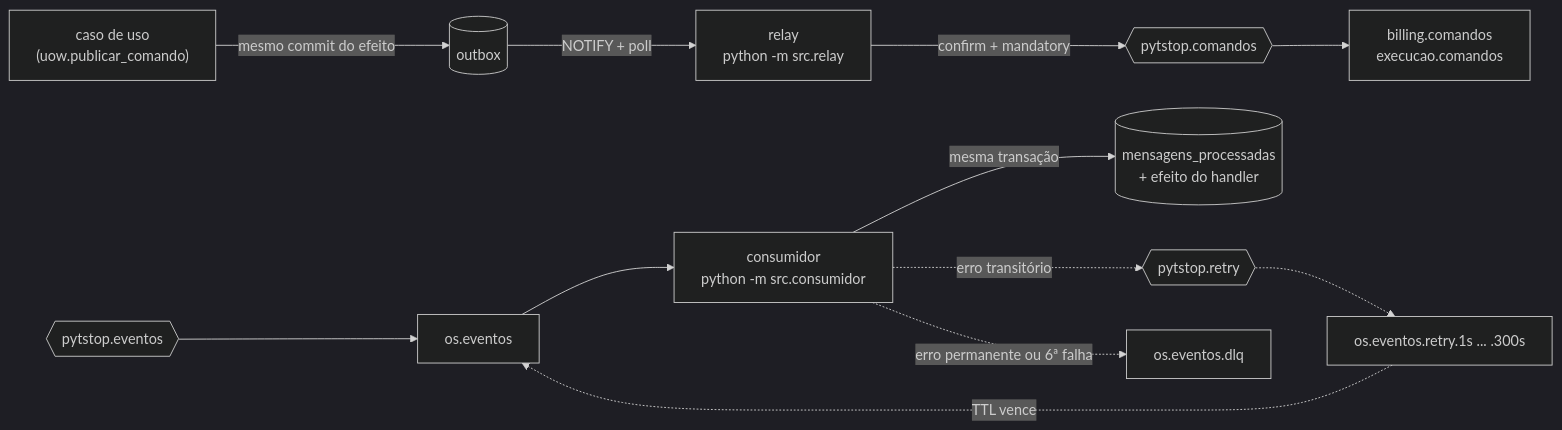
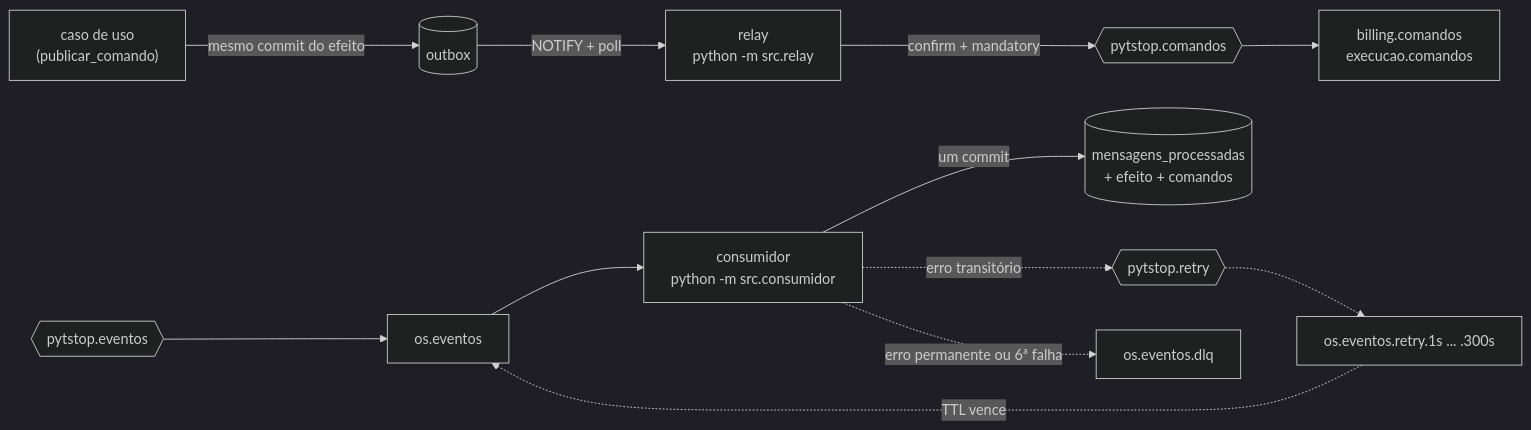
Before and after one commit to fiap-postech-sw-architecture/postech-sw-arch-p4-os-service: the diagram in README.md, drawn with Mermaid (dark theme). The commit also changed other lines of this file and 2 other files, not shown here.

````diff
--- a/README.md
+++ b/README.md
@@ -67,12 +67,12 @@
 ```mermaid
 flowchart LR
-    uc["caso de uso<br/>(uow.publicar_comando)"] -->|"mesmo commit do efeito"| ob[("outbox")]
+    uc["caso de uso<br/>(publicar_comando)"] -->|"mesmo commit do efeito"| ob[("outbox")]
     ob -->|"NOTIFY + poll"| relay["relay<br/>python -m src.relay"]
     relay -->|"confirm + mandatory"| cmd{{"pytstop.comandos"}}
     cmd --> filas["billing.comandos<br/>execucao.comandos"]
     evt{{"pytstop.eventos"}} --> q["os.eventos"]
     q --> cons["consumidor<br/>python -m src.consumidor"]
-    cons -->|"mesma transação"| mp[("mensagens_processadas<br/>+ efeito do handler")]
+    cons -->|"um commit"| mp[("mensagens_processadas<br/>+ efeito + comandos")]
     cons -.->|"erro transitório"| rt{{"pytstop.retry"}} -.-> rq["os.eventos.retry.1s ... .300s"] -.->|"TTL vence"| q
     cons -.->|"erro permanente ou 6ª falha"| dlq["os.eventos.dlq"]
 ```
````
